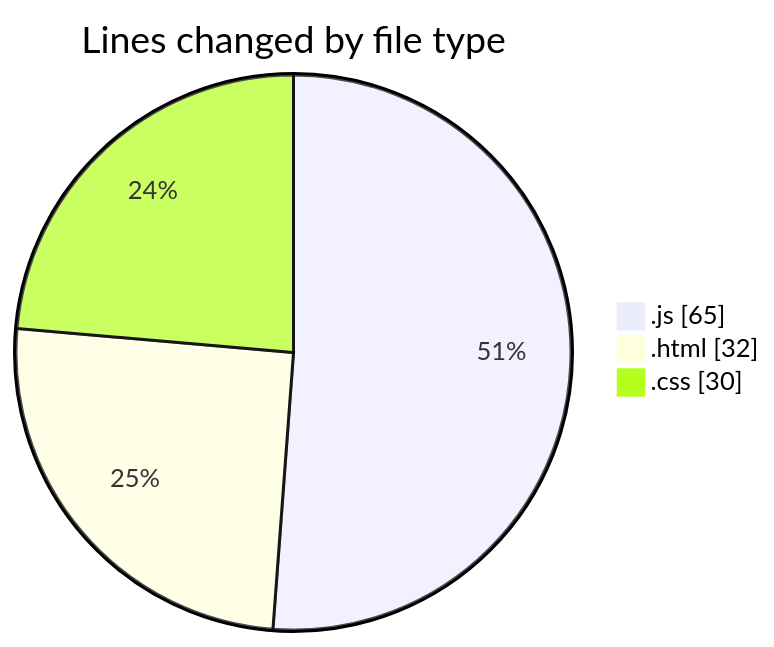
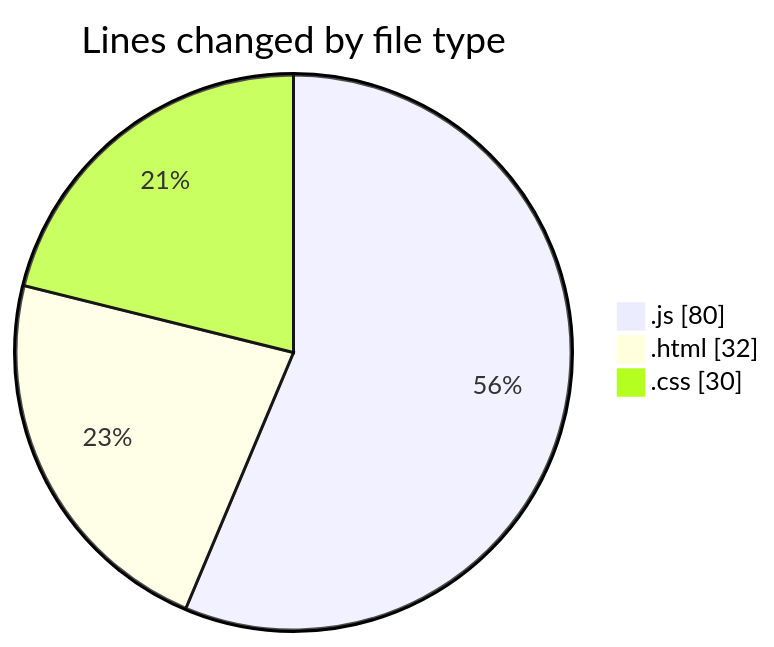
One commit to Ritupan-Deka/code-tracking changed the first of 2 diagrams in 2025-01-24/projects/README.md. Above: the diagram before and after it, drawn with Mermaid. The commit also changed other lines of this file and 1 other file, not shown here.

````diff
--- a/2025-01-24/projects/README.md
+++ b/2025-01-24/projects/README.md
@@ -29,7 +29,7 @@
 ```mermaid
 pie showData
 title Lines changed by file type
-".js" : 65
+".js" : 80
 ".html" : 32
 ".css" : 30
 ```
````
